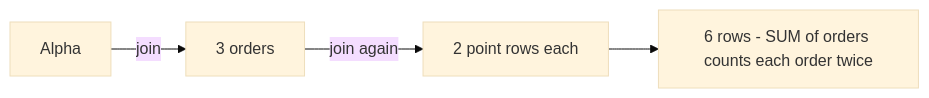
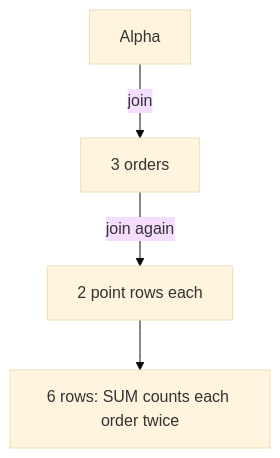
Before and after one commit to starjustice/research-material: the fourth of 4 diagrams in learn/database/12-n-plus-1-queries-and-orms.md, drawn with Mermaid (base theme). The commit also changed other lines of this file, not shown here.

````diff
--- a/learn/database/12-n-plus-1-queries-and-orms.md
+++ b/learn/database/12-n-plus-1-queries-and-orms.md
@@ -128,6 +296,6 @@
 ```mermaid
-graph LR
+graph TB
     S["Alpha"] -->|join| O["3 orders"]
     O -->|join again| P["2 point rows each"]
-    P --> X["6 rows - SUM of orders counts each order twice"]
+    P --> X["6 rows: SUM counts each order twice"]
 ```
````
